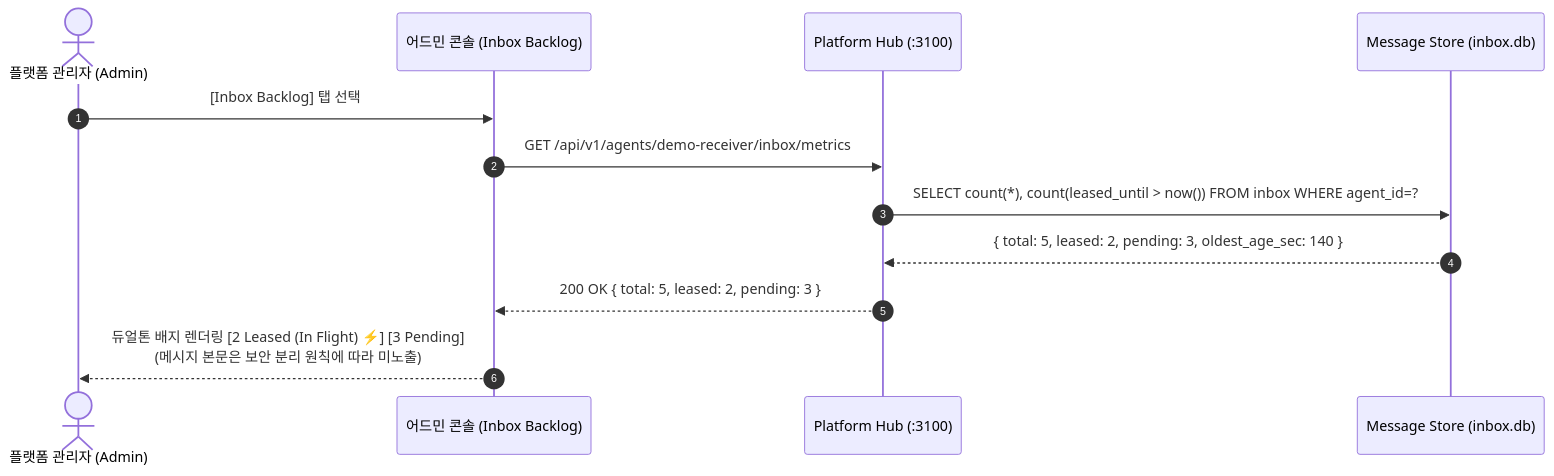
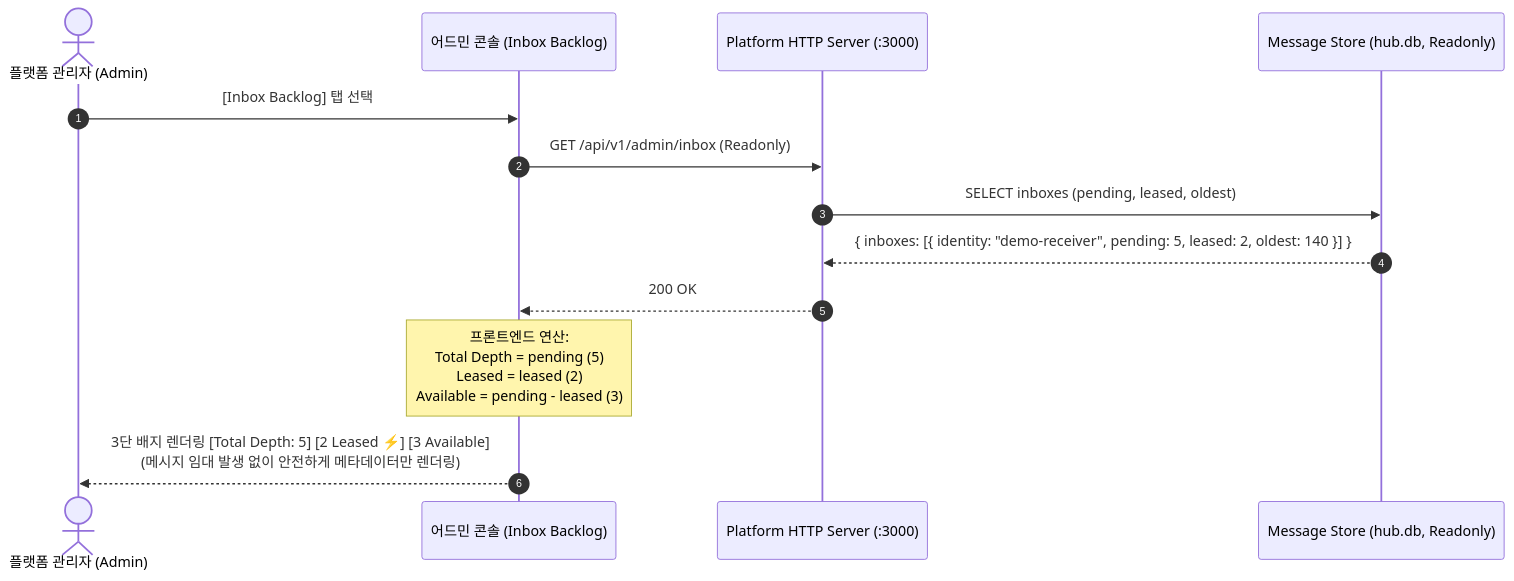
Before and after one commit to sir-mirr/agent-mesh-platform: the third of 6 diagrams in docs/operator-functional-spec.md, drawn with Mermaid. The commit also changed other lines of this file, not shown here.

Commit message:
docs: incorporate platform-claude feedback into operator functional spec v2.0

````diff
--- a/docs/operator-functional-spec.md
+++ b/docs/operator-functional-spec.md
@@ -90,15 +104,16 @@
 ```mermaid
 sequenceDiagram
     autonumber
     actor Admin as 플랫폼 관리자 (Admin)
     participant UI as 어드민 콘솔 (Inbox Backlog)
-    participant Hub as Platform Hub (:3100)
-    participant Store as Message Store (inbox.db)
+    participant HTTP as Platform HTTP Server (:3000)
+    participant DB as Message Store (hub.db, Readonly)
 
     Admin->>UI: [Inbox Backlog] 탭 선택
-    UI->>Hub: GET /api/v1/agents/demo-receiver/inbox/metrics
-    Hub->>Store: SELECT count(*), count(leased_until > now()) FROM inbox WHERE agent_id=?
-    Store-->>Hub: { total: 5, leased: 2, pending: 3, oldest_age_sec: 140 }
-    Hub-->>UI: 200 OK { total: 5, leased: 2, pending: 3 }
-    UI-->>Admin: 듀얼톤 배지 렌더링 [2 Leased (In Flight) ⚡] [3 Pending]<br>(메시지 본문은 보안 분리 원칙에 따라 미노출)
+    UI->>HTTP: GET /api/v1/admin/inbox (Readonly)
+    HTTP->>DB: SELECT inboxes (pending, leased, oldest)
+    DB-->>HTTP: { inboxes: [{ identity: "demo-receiver", pending: 5, leased: 2, oldest: 140 }] }
+    HTTP-->>UI: 200 OK
+    Note over UI: 프론트엔드 연산:<br>Total Depth = pending (5)<br>Leased = leased (2)<br>Available = pending - leased (3)
+    UI-->>Admin: 3단 배지 렌더링 [Total Depth: 5] [2 Leased ⚡] [3 Available]<br>(메시지 임대 발생 없이 안전하게 메타데이터만 렌더링)
 ```
````
